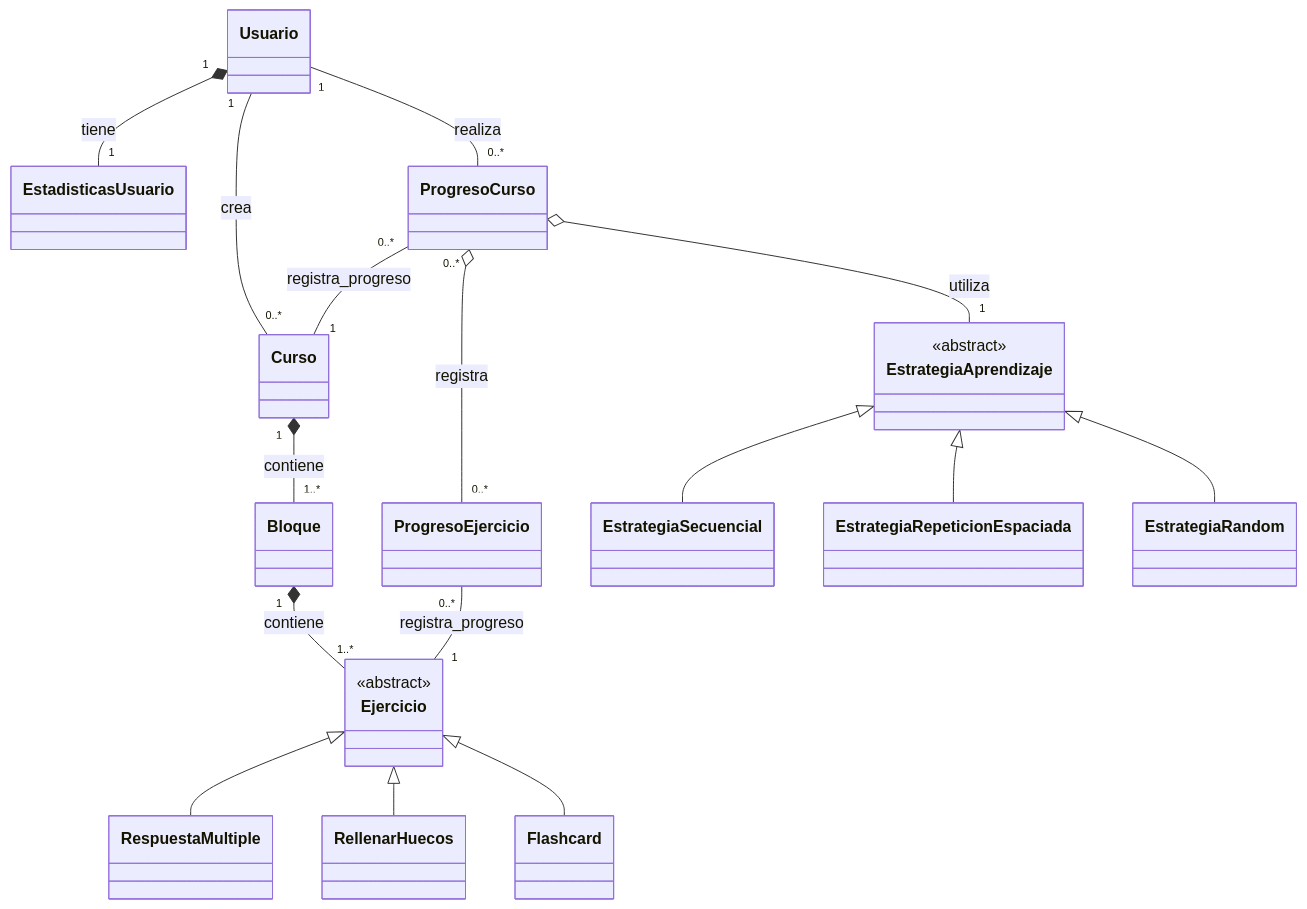
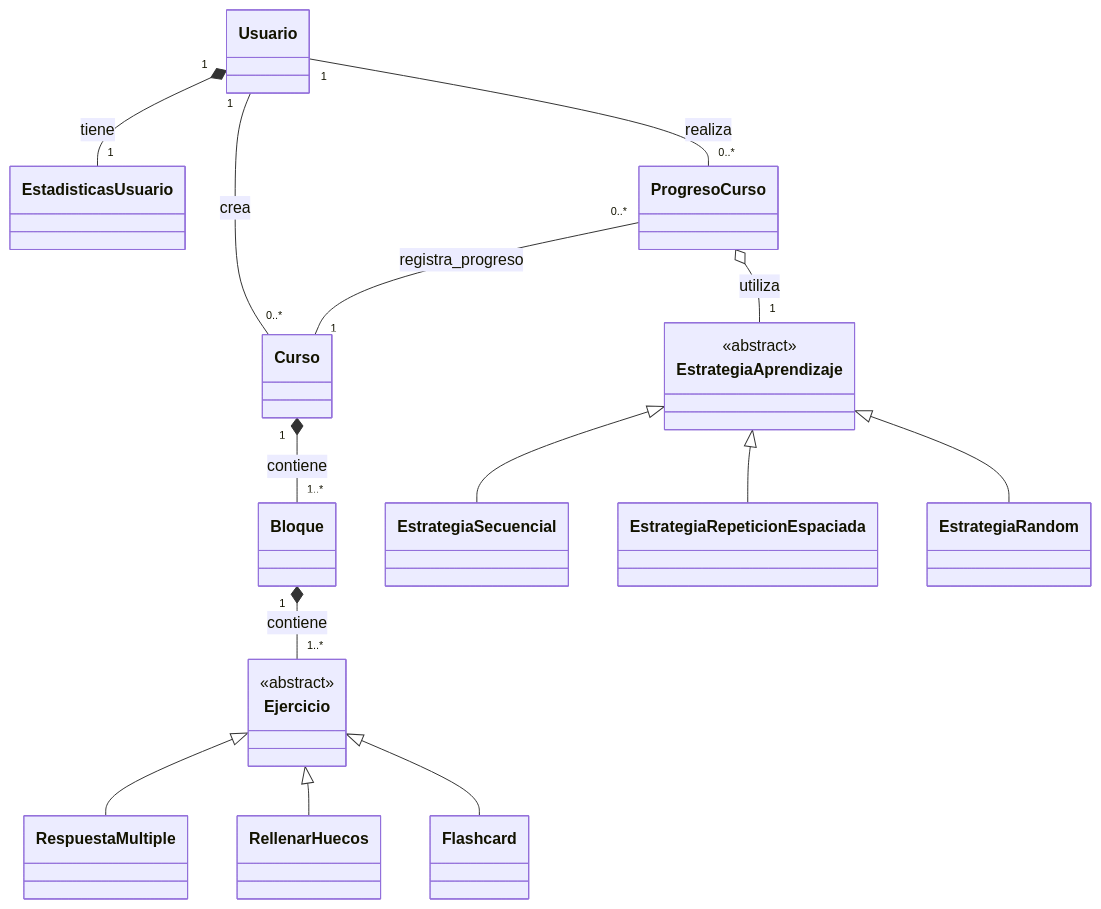
One commit to rubmoyanop/pds2025-plataforma-aprendizaje changed the diagram in docs/modelado/modelo_dominio.md. Above: the diagram before and after it, drawn with Mermaid.

Commit message:
Fix: eliminada la clase ProgresoEjercicio según indicaciones del profesor (#4)

````diff
--- a/docs/modelado/modelo_dominio.md
+++ b/docs/modelado/modelo_dominio.md
@@ -3,41 +3,37 @@
 ```mermaid
 classDiagram
     class Usuario {
     }
     class EstadisticasUsuario{
     }
     class Curso {
     }
     class Bloque {
     }
     class ProgresoCurso {
-    }
-    class ProgresoEjercicio {
     }
 
     class Ejercicio {
         <<abstract>>
     }
     class EstrategiaAprendizaje {
         <<abstract>>
     }
 
     Ejercicio <|-- RespuestaMultiple 
     Ejercicio <|-- RellenarHuecos 
     Ejercicio <|-- Flashcard 
 
     EstrategiaAprendizaje <|-- EstrategiaSecuencial 
     EstrategiaAprendizaje <|-- EstrategiaRepeticionEspaciada 
     EstrategiaAprendizaje <|-- EstrategiaRandom 
 
     Usuario "1" *-- "1" EstadisticasUsuario : tiene
     Usuario "1" -- "0..*" Curso : crea
     Usuario "1" -- "0..*" ProgresoCurso : realiza
     ProgresoCurso "0..*" -- "1" Curso : registra_progreso
     Curso "1" *-- "1..*" Bloque : contiene
     Bloque "1" *-- "1..*" Ejercicio : contiene
 
     ProgresoCurso o-- "1" EstrategiaAprendizaje : utiliza
-    ProgresoEjercicio "0..*" -- "1" Ejercicio : registra_progreso
-    ProgresoCurso "0..*" o-- "0..*" ProgresoEjercicio : registra
 ```
````
